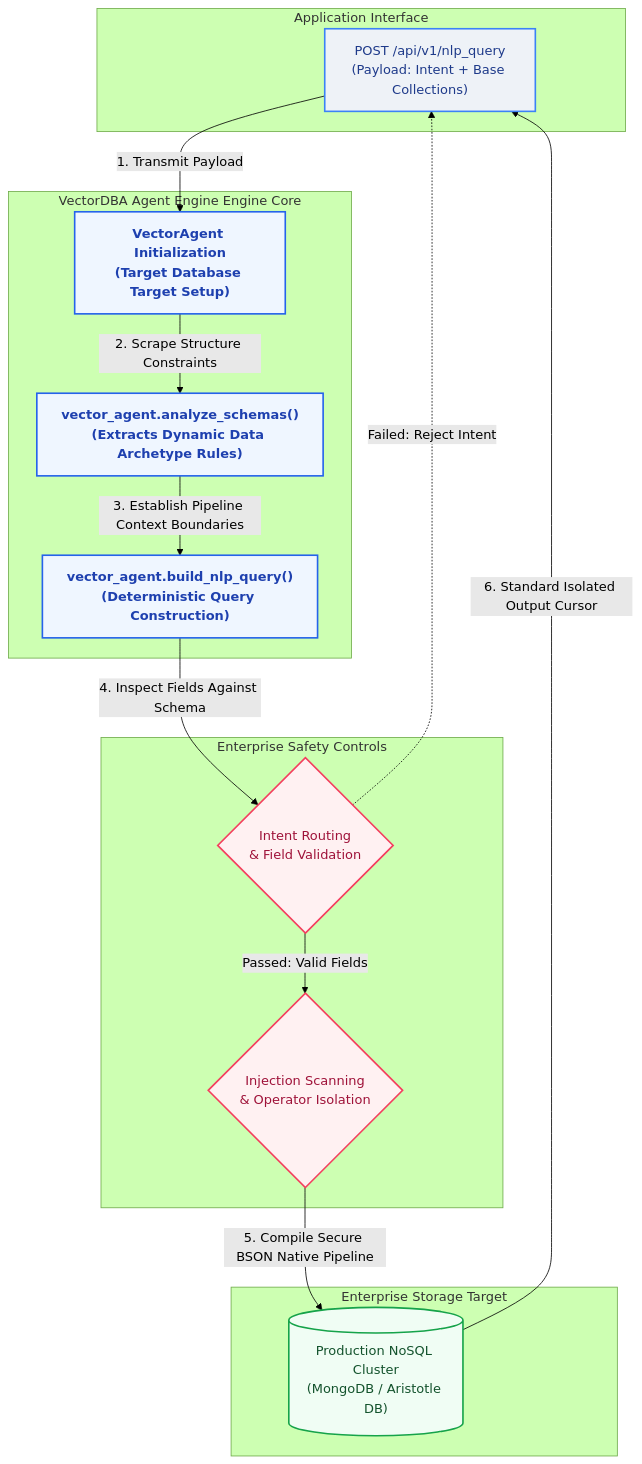
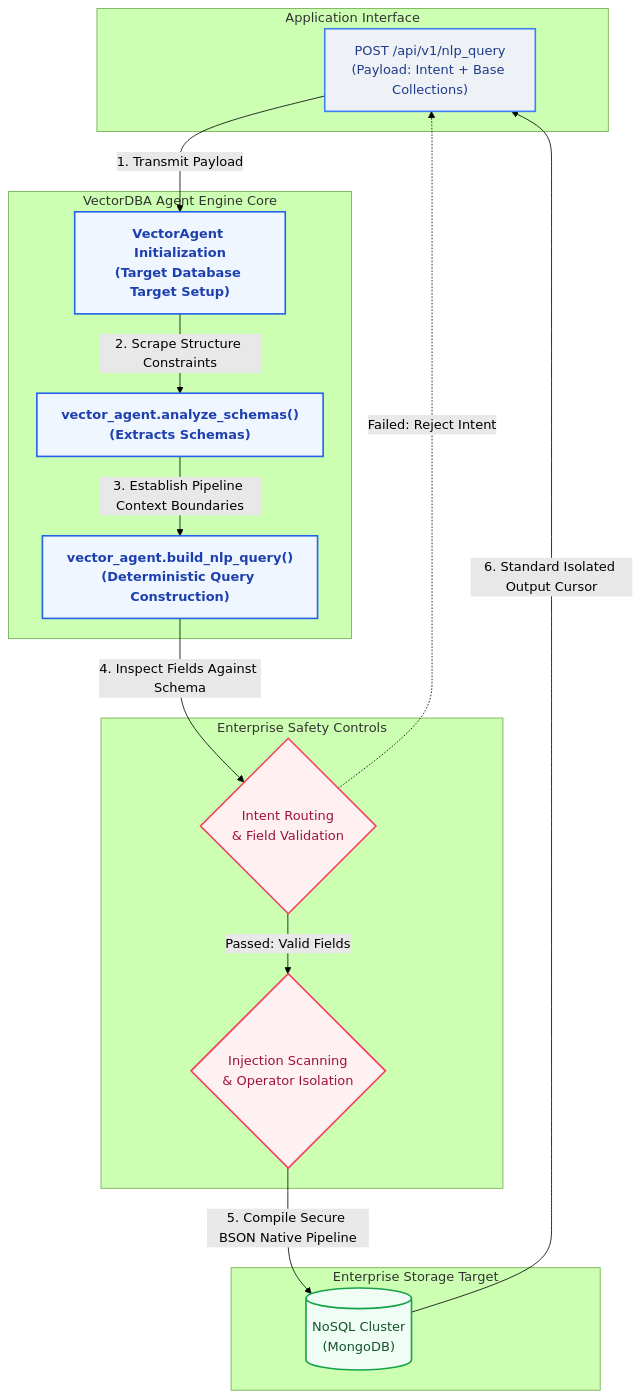
The diagram in README.md (Satty27/vectordba), drawn with Mermaid (forest theme) before and after one commit.

````diff
--- a/README.md
+++ b/README.md
@@ -110,49 +110,50 @@
 ```mermaid
 graph TD
     %% Styling and Color Palettes (Enterprise Vibe)
     classDef client fill:#eef2f7,stroke:#3b82f6,stroke-width:2px,color:#1e3a8a;
     classDef engine fill:#eff6ff,stroke:#2563eb,stroke-width:2px,color:#1e40af,font-weight:bold;
     classDef security fill:#fff1f2,stroke:#f43f5e,stroke-width:2px,color:#9f1239;
     classDef database fill:#f0fdf4,stroke:#16a34a,stroke-width:2px,color:#14532d;
     classDef structural fill:#fafafa,stroke:#71717a,stroke-width:1px,color:#27272a;
 
     %% 1. Ingestion Layer
     subgraph Client_Layer ["Application Interface"]
         API_Call["POST /api/v1/nlp_query<br>(Payload: Intent + Base Collections)"]:::client
     end
 
     %% 2. Orchestration Layer
-    subgraph VectorDBA_Engine ["VectorDBA Agent Engine Engine Core"]
+    subgraph VectorDBA_Engine ["VectorDBA Agent Engine Core"]
         Init["VectorAgent Initialization<br>(Target Database Target Setup)"]:::engine
-        SchemaAnalzer["vector_agent.analyze_schemas()<br>(Extracts Dynamic Data Archetype Rules)"]:::engine
+        SchemaAnalzer["vector_agent.analyze_schemas()<br>(Extracts Schemas)"]:::engine
         Builder["vector_agent.build_nlp_query()<br>(Deterministic Query Construction)"]:::engine
     end
 
     %% 3. Security & Validation Layer
     subgraph Security_Guardrails ["Enterprise Safety Controls"]
         IntentRouter{"Intent Routing<br>& Field Validation"}:::security
         Sanitize{"Injection Scanning<br>& Operator Isolation"}:::security
     end
 
     %% 4. Data Execution Target
     subgraph Infrastructure ["Enterprise Storage Target"]
-        MongoCluster[("Production NoSQL Cluster<br>(MongoDB / Aristotle DB)")]:::database
+        MongoCluster[("NoSQL Cluster<br>(MongoDB)")]:::database
     end
 
     %% Data Pipeline Connections Flow
     API_Call -->|1. Transmit Payload| Init
     Init -->|2. Scrape Structure Constraints| SchemaAnalzer
     SchemaAnalzer -->|3. Establish Pipeline Context Boundaries| Builder
+    
     
     Builder -->|4. Inspect Fields Against Schema| IntentRouter
     IntentRouter -->|Passed: Valid Fields| Sanitize
     IntentRouter -.->|Failed: Reject Intent| API_Call
     
     Sanitize -->|5. Compile Secure BSON Native Pipeline| MongoCluster
     
     MongoCluster -->|6. Standard Isolated Output Cursor| API_Call
 
     %% Apply Styles to classes
     class Builder,SchemaAnalzer,Init engine;
   
 ```
````
